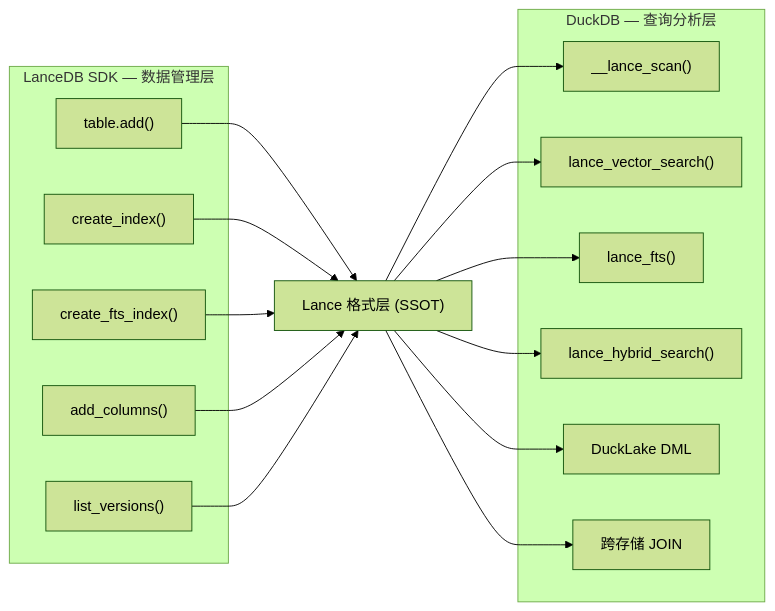
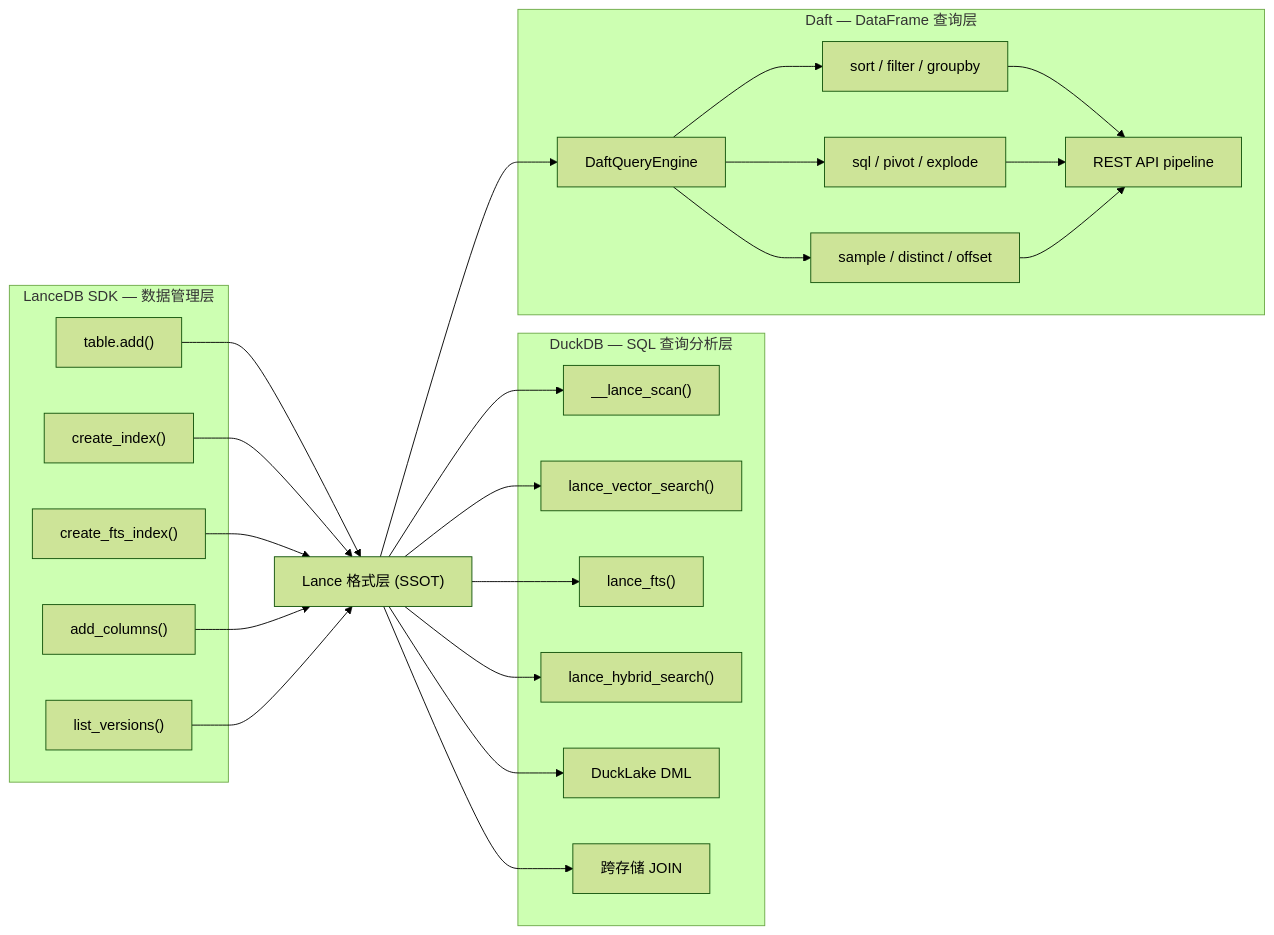
The second of 12 diagrams in docs/design_plan/architecture-overview.md (witsmaotech/arrow-lake), drawn with Mermaid (forest theme) before and after one commit. The commit also changed other lines of this file, not shown here.

First line of the commit message:
docs: 更新总体架构图 — Daft 查询引擎角色升级

````diff
--- a/docs/design_plan/architecture-overview.md
+++ b/docs/design_plan/architecture-overview.md
@@ -153,33 +173,48 @@
 ```mermaid
 graph LR
     subgraph Write["LanceDB SDK — 数据管理层"]
         W1["table.add()"]
         W2["create_index()"]
         W3["create_fts_index()"]
         W4["add_columns()"]
         W5["list_versions()"]
     end
 
-    subgraph Read["DuckDB — 查询分析层"]
+    subgraph SQLRead["DuckDB — SQL 查询分析层"]
         R1["__lance_scan()"]
         R2["lance_vector_search()"]
         R3["lance_fts()"]
         R4["lance_hybrid_search()"]
         R5["DuckLake DML"]
         R6["跨存储 JOIN"]
+    end
+
+    subgraph DFRead["Daft — DataFrame 查询层"]
+        D1["DaftQueryEngine"]
+        D2["sort / filter / groupby"]
+        D3["sql / pivot / explode"]
+        D4["sample / distinct / offset"]
+        D5["REST API pipeline"]
     end
 
     Lance["Lance 格式层 (SSOT)"]
 
     W1 --> Lance
     W2 --> Lance
     W3 --> Lance
     W4 --> Lance
     W5 --> Lance
     Lance --> R1
     Lance --> R2
     Lance --> R3
     Lance --> R4
     Lance --> R5
     Lance --> R6
+    Lance --> D1
+    D1 --> D2
+    D1 --> D3
+    D1 --> D4
+    D2 --> D5
+    D3 --> D5
+    D4 --> D5
 ```
````
